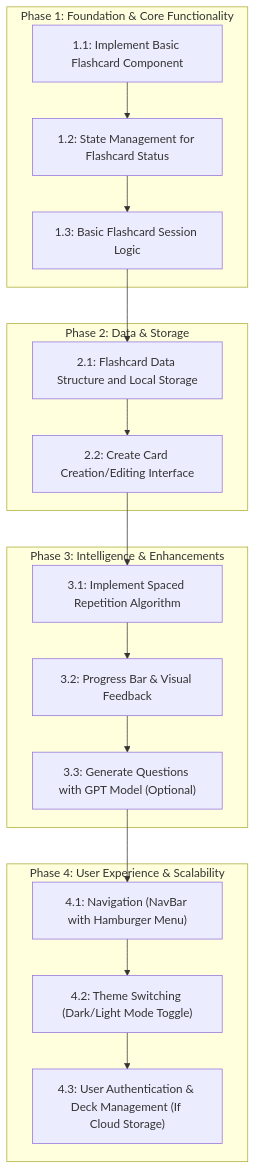
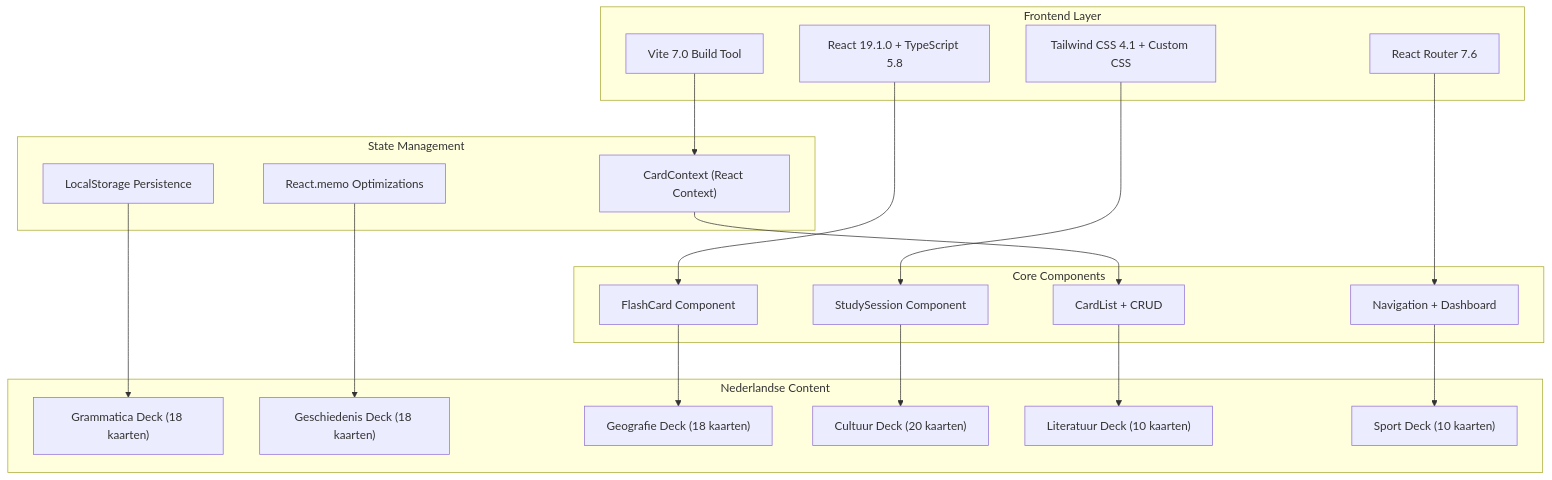
Before and after one commit to Freezler/flashcards: the first of 3 diagrams in PROJECT_FLOWCHART.md, drawn with Mermaid. The commit also changed other lines of this file and 2 other files, not shown here.

First line of the commit message:
docs: update documentation with navigation transparency and project status

````diff
--- a/PROJECT_FLOWCHART.md
+++ b/PROJECT_FLOWCHART.md
@@ -5,29 +7,43 @@
 ```mermaid
-graph TD
-    subgraph "Phase 1: Foundation & Core Functionality"
-        A1["1.1: Implement Basic Flashcard Component"] --> A2
-        A2["1.2: State Management for Flashcard Status"] --> A3
-        A3["1.3: Basic Flashcard Session Logic"]
+graph TB
+    subgraph "Frontend Layer"
+        A1["React 19.1.0 + TypeScript 5.8"]
+        A2["Vite 7.0 Build Tool"]
+        A3["Tailwind CSS 4.1 + Custom CSS"]
+        A4["React Router 7.6"]
     end
 
-    subgraph "Phase 2: Data & Storage"
-        B1["2.1: Flashcard Data Structure and Local Storage"] --> B2
-        B2["2.2: Create Card Creation/Editing Interface"]
+    subgraph "State Management"
+        B1["CardContext (React Context)"]
+        B2["LocalStorage Persistence"]
+        B3["React.memo Optimizations"]
     end
 
-    subgraph "Phase 3: Intelligence & Enhancements"
-        C1["3.1: Implement Spaced Repetition Algorithm"] --> C2
-        C2["3.2: Progress Bar & Visual Feedback"] --> C3
-        C3["3.3: Generate Questions with GPT Model (Optional)"]
+    subgraph "Core Components"
+        C1["FlashCard Component"]
+        C2["StudySession Component"]
+        C3["CardList + CRUD"]
+        C4["Navigation + Dashboard"]
     end
 
-    subgraph "Phase 4: User Experience & Scalability"
-        D1["4.1: Navigation (NavBar with Hamburger Menu)"] --> D2
-        D2["4.2: Theme Switching (Dark/Light Mode Toggle)"] --> D3
-        D3["4.3: User Authentication & Deck Management (If Cloud Storage)"]
+    subgraph "Nederlandse Content"
+        D1["Grammatica Deck (18 kaarten)"]
+        D2["Geschiedenis Deck (18 kaarten)"]
+        D3["Geografie Deck (18 kaarten)"]
+        D4["Cultuur Deck (20 kaarten)"]
+        D5["Literatuur Deck (10 kaarten)"]
+        D6["Sport Deck (10 kaarten)"]
     end
 
-    A3 --> B1
-    B2 --> C1
-    C3 --> D1
+    A1 --> C1
+    A2 --> B1
+    A3 --> C2
+    A4 --> C4
+    B1 --> C3
+    B2 --> D1
+    B3 --> D2
+    C1 --> D3
+    C2 --> D4
+    C3 --> D5
+    C4 --> D6
 ```
````
